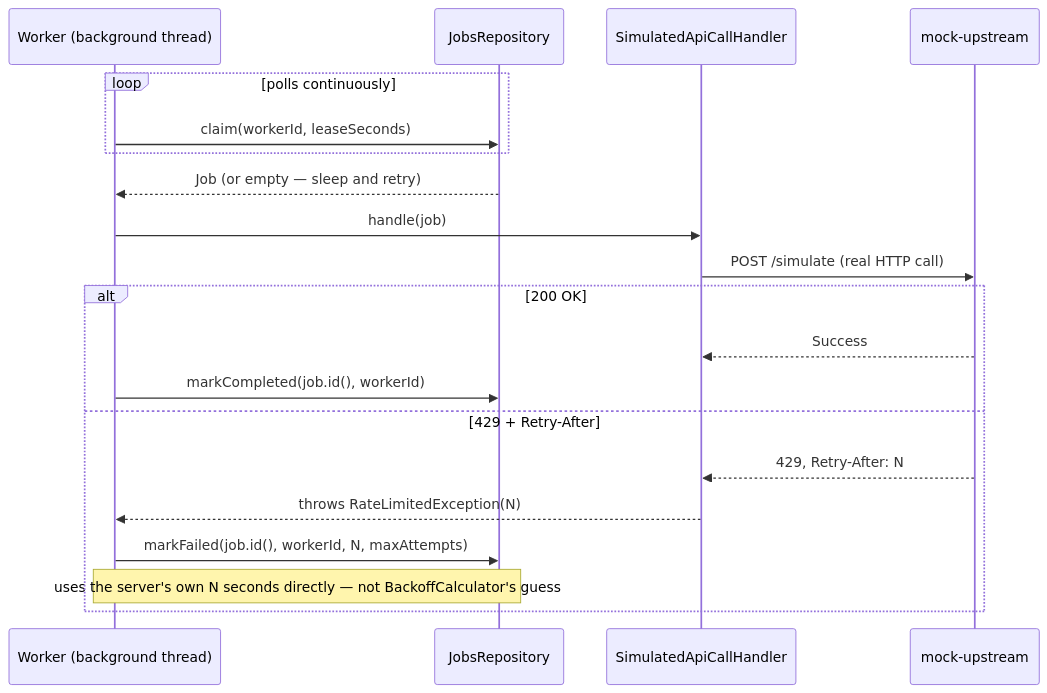
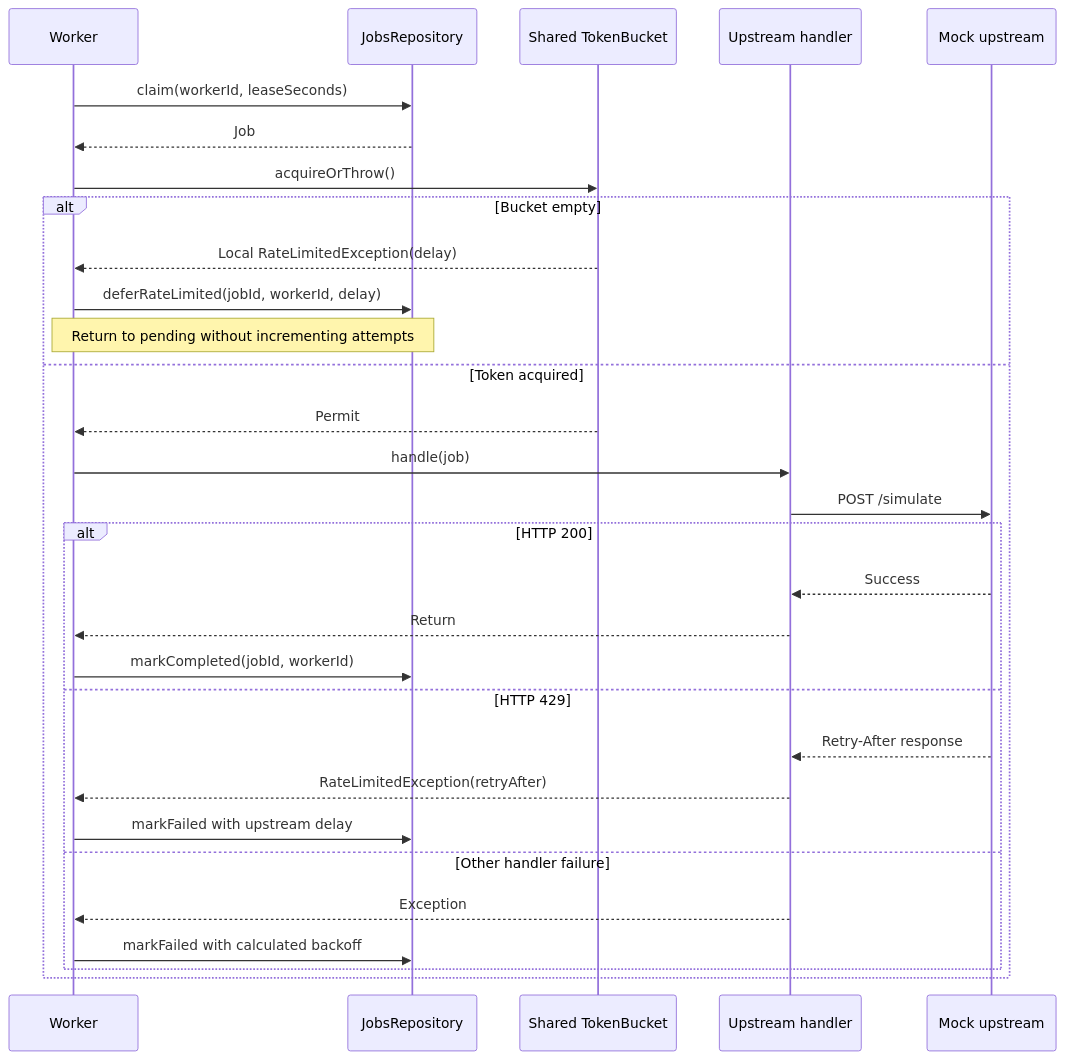
Before and after one commit to amanxsays/Sluice: the sixth of 8 diagrams in README.md, drawn with Mermaid. The commit also changed other lines of this file and 41 other files, not shown here.

Commit message:
added rate limiting using token bucket

````diff
--- a/README.md
+++ b/README.md
@@ -242,25 +261,35 @@
 ```mermaid
 sequenceDiagram
-    participant W as Worker (background thread)
+    participant W as Worker
     participant JR as JobsRepository
-    participant H as SimulatedApiCallHandler
-    participant M as mock-upstream
+    participant TB as Shared TokenBucket
+    participant H as Upstream handler
+    participant U as Mock upstream
 
-    loop polls continuously
-        W->>JR: claim(workerId, leaseSeconds)
-    end
-    JR-->>W: Job (or empty — sleep and retry)
+    W->>JR: claim(workerId, leaseSeconds)
+    JR-->>W: Job
+    W->>TB: acquireOrThrow()
 
-    W->>H: handle(job)
-    H->>M: POST /simulate (real HTTP call)
+    alt Bucket empty
+        TB-->>W: Local RateLimitedException(delay)
+        W->>JR: deferRateLimited(jobId, workerId, delay)
+        Note over W,JR: Return to pending without incrementing attempts
+    else Token acquired
+        TB-->>W: Permit
+        W->>H: handle(job)
+        H->>U: POST /simulate
 
-    alt 200 OK
-        M-->>H: Success
-        W->>JR: markCompleted(job.id(), workerId)
-    else 429 + Retry-After
-        M-->>H: 429, Retry-After: N
-        H-->>W: throws RateLimitedException(N)
-        W->>JR: markFailed(job.id(), workerId, N, maxAttempts)
-        Note over W,JR: uses the server's own N seconds directly — not BackoffCalculator's guess
+        alt HTTP 200
+            U-->>H: Success
+            H-->>W: Return
+            W->>JR: markCompleted(jobId, workerId)
+        else HTTP 429
+            U-->>H: Retry-After response
+            H-->>W: RateLimitedException(retryAfter)
+            W->>JR: markFailed with upstream delay
+        else Other handler failure
+            H-->>W: Exception
+            W->>JR: markFailed with calculated backoff
+        end
     end
 ```
````
